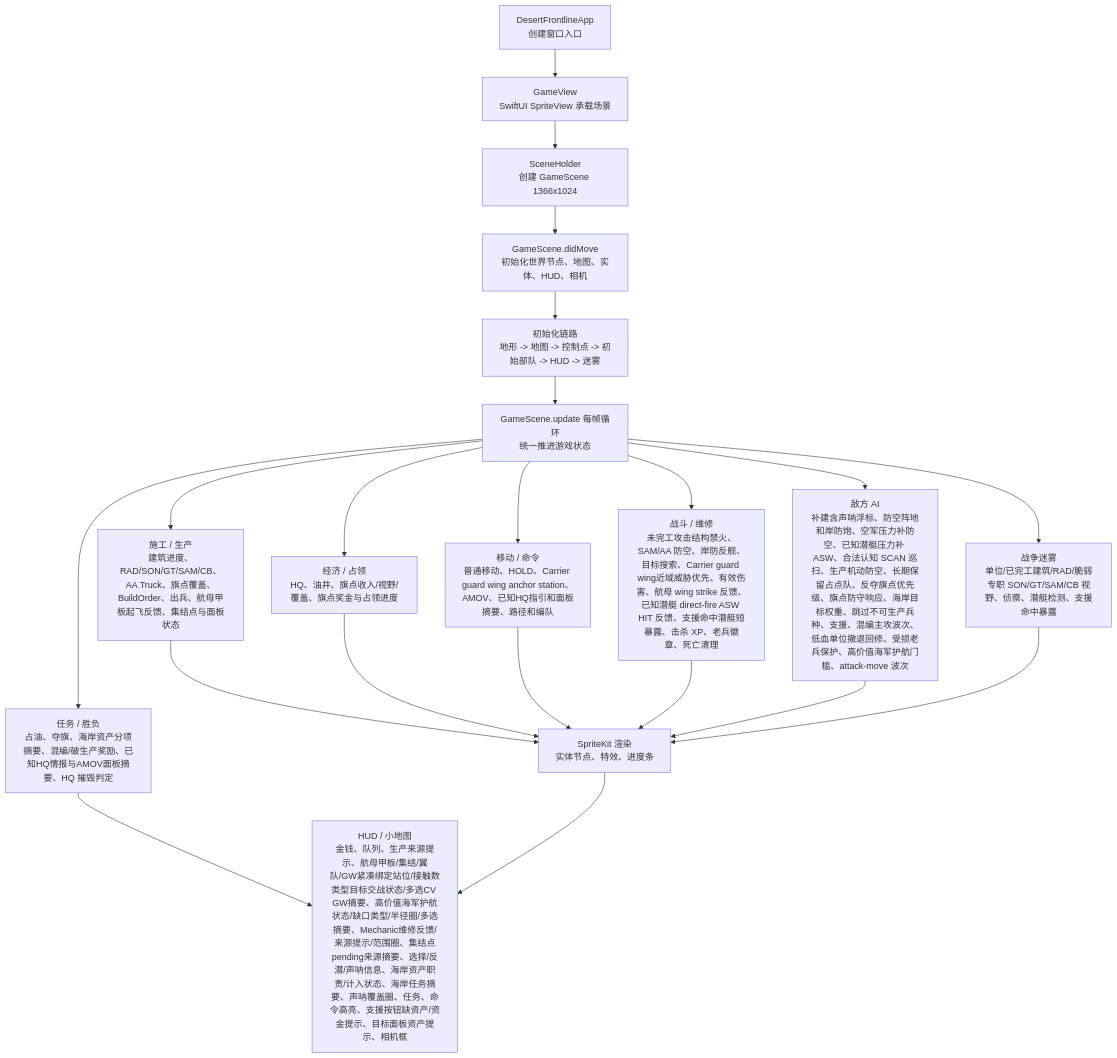
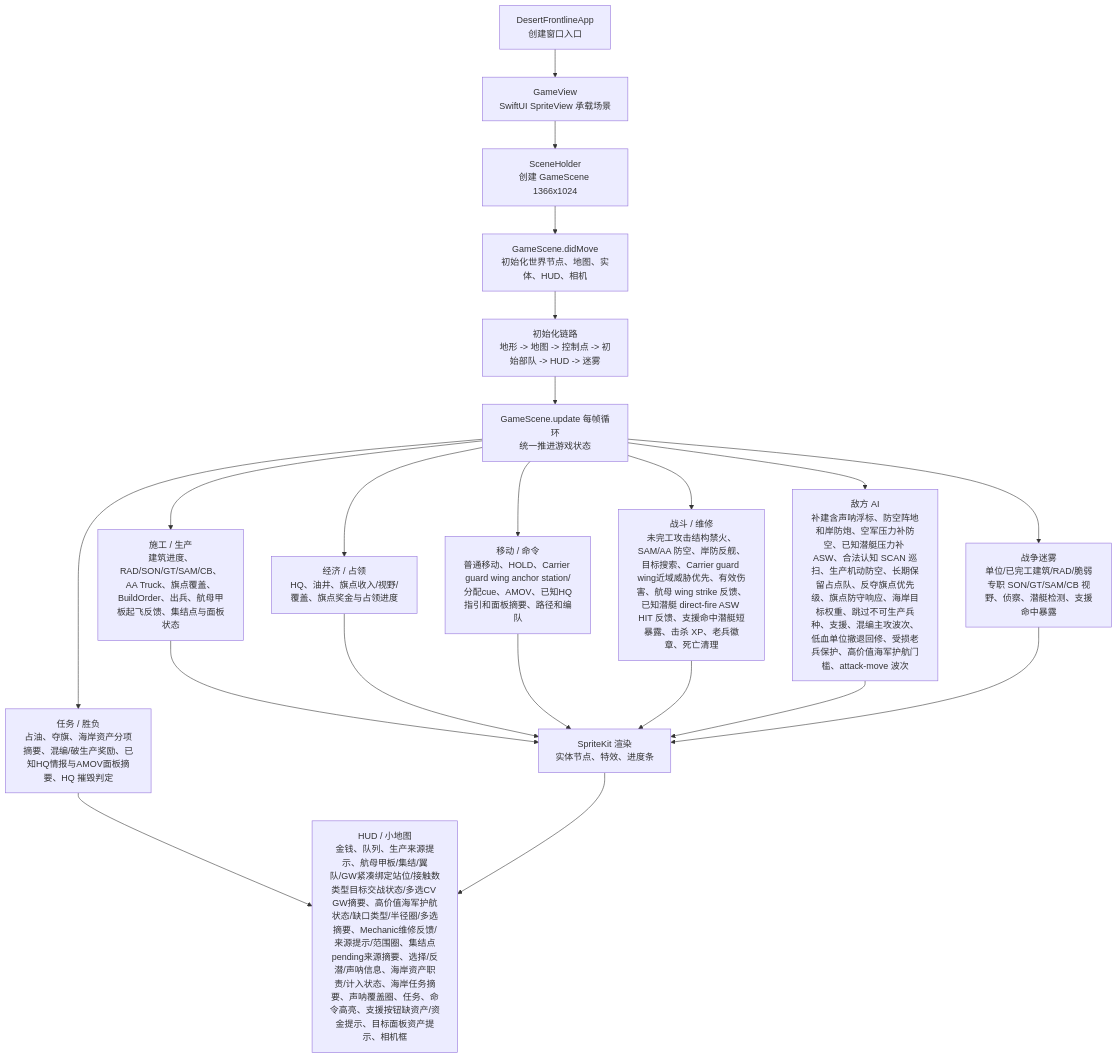
One commit to Altman-sam114/1145 changed the first of 3 diagrams in md/flow/flowchart.md. Above: the diagram before and after it, drawn with Mermaid. The commit also changed other lines of this file and 4 other files, not shown here.

````diff
--- a/md/flow/flowchart.md
+++ b/md/flow/flowchart.md
@@ -9,23 +9,23 @@
 ```mermaid
 flowchart TD
   App["DesertFrontlineApp\n创建窗口入口"] --> View["GameView\nSwiftUI SpriteView 承载场景"]
   View --> Holder["SceneHolder\n创建 GameScene 1366x1024"]
   Holder --> Scene["GameScene.didMove\n初始化世界节点、地图、实体、HUD、相机"]
   Scene --> Init["初始化链路\n地形 -> 地图 -> 控制点 -> 初始部队 -> HUD -> 迷雾"]
   Init --> Loop["GameScene.update 每帧循环\n统一推进游戏状态"]
   Loop --> Build["施工 / 生产\n建筑进度、RAD/SON/GT/SAM/CB、AA Truck、旗点覆盖、BuildOrder、出兵、航母甲板起飞反馈、集结点与面板状态"]
   Loop --> Economy["经济 / 占领\nHQ、油井、旗点收入/视野/覆盖、旗点奖金与占领进度"]
-  Loop --> Commands["移动 / 命令\n普通移动、HOLD、Carrier guard wing anchor station、AMOV、已知HQ指引和面板摘要、路径和编队"]
+  Loop --> Commands["移动 / 命令\n普通移动、HOLD、Carrier guard wing anchor station/分配cue、AMOV、已知HQ指引和面板摘要、路径和编队"]
   Loop --> Combat["战斗 / 维修\n未完工攻击结构禁火、SAM/AA 防空、岸防反舰、目标搜索、Carrier guard wing近域威胁优先、有效伤害、航母 wing strike 反馈、已知潜艇 direct-fire ASW HIT 反馈、支援命中潜艇短暴露、击杀 XP、老兵徽章、死亡清理"]
   Loop --> AI["敌方 AI\n补建含声呐浮标、防空阵地和岸防炮、空军压力补防空、已知潜艇压力补 ASW、合法认知 SCAN 巡扫、生产机动防空、长期保留占点队、反夺旗点优先级、旗点防守响应、海岸目标权重、跳过不可生产兵种、支援、混编主攻波次、低血单位撤退回修、受损老兵保护、高价值海军护航门槛、attack-move 波次"]
   Loop --> Fog["战争迷雾\n单位/已完工建筑/RAD/脆弱专职 SON/GT/SAM/CB 视野、侦察、潜艇检测、支援命中暴露"]
   Loop --> Mission["任务 / 胜负\n占油、夺旗、海岸资产分项摘要、混编/破生产奖励、已知HQ情报与AMOV面板摘要、HQ 摧毁判定"]
   Build --> Render["SpriteKit 渲染\n实体节点、特效、进度条"]
   Economy --> Render
   Commands --> Render
   Combat --> Render
   AI --> Render
   Fog --> Render
   Mission --> HUD["HUD / 小地图\n金钱、队列、生产来源提示、航母甲板/集结/翼队/GW紧凑绑定站位/接触数类型目标交战状态/多选CV GW摘要、高价值海军护航状态/缺口类型/半径圈/多选摘要、Mechanic维修反馈/来源提示/范围圈、集结点pending来源摘要、选择/反潜/声呐信息、海岸资产职责/计入状态、海岸任务摘要、声呐覆盖圈、任务、命令高亮、支援按钮缺资产/资金提示、目标面板资产提示、相机框"]
   Render --> HUD
 ```
````
